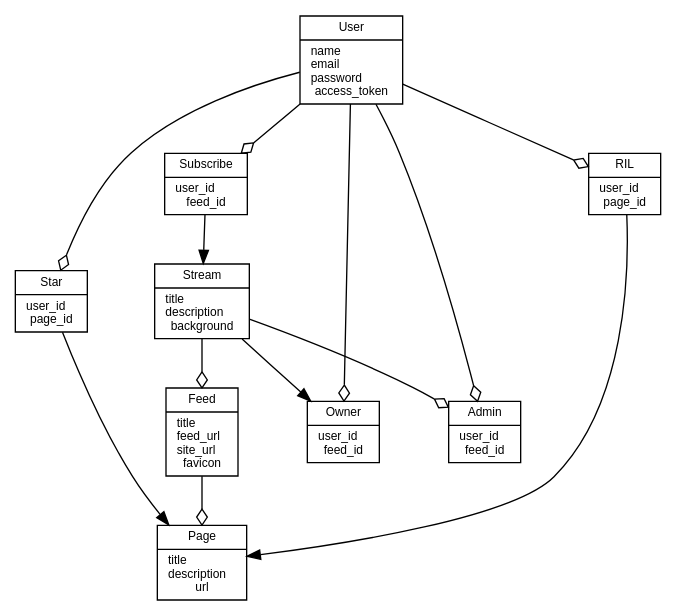
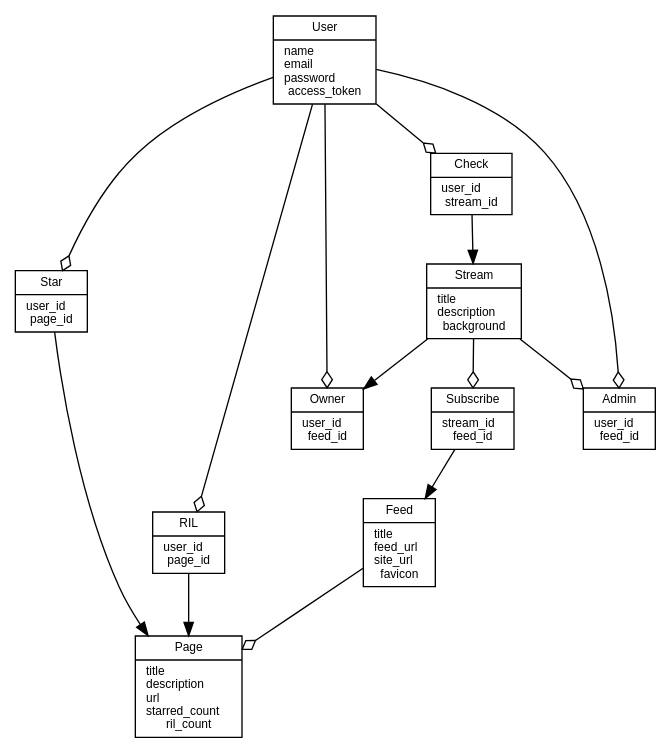
One commit to nikezono/unific changed the diagram in docs/class_diagram.dot. Above: the diagram before and after it, drawn with Graphviz. The commit also changed 2 other files, not shown here.

```diff
--- a/docs/class_diagram.dot
+++ b/docs/class_diagram.dot
@@ -1,43 +1,46 @@
 digraph unific {
 
   // Dot言語設定
   graph [nodesep = 0.7];
   node [shape = record, height = 0.01,
         fontname = "Helvetica", fontsize = 9];
   edge [arrowtail = onormal, arrowhead = none];
 
   // モデル
   Stream [label = "{Stream|title\ldescription\lbackground}"];
   Feed   [label = "{Feed|title\lfeed_url\lsite_url\lfavicon}"];
-  Page   [label = "{Page|title\ldescription\lurl}"];
+  Page   [label = "{Page|title\ldescription\lurl\lstarred_count\lril_count}"];
   User   [label = "{User|name\lemail\lpassword\laccess_token}"];
   
   //中間モデル
   Star   [label = "{Star|user_id\lpage_id}"]
   RIL    [label = "{RIL|user_id\lpage_id}"]
   Owner  [label = "{Owner|user_id\lfeed_id}"]
   Admin  [label = "{Admin|user_id\lfeed_id}"]
-  Subscribe [label = "{Subscribe|user_id\lfeed_id}"]
-
+  Check  [label = "{Check|user_id\lstream_id}"]
+  Subscribe [label = "{Subscribe|stream_id\lfeed_id}"]
+  
   // リレーション
 
-  Stream -> Feed[arrowhead=odiamond];
+  Stream -> Subscribe[arrowhead=odiamond];
+  Subscribe -> Feed[arrowhead=normal];
+
   Feed -> Page[arrowhead=odiamond];
 
   Stream -> Owner[arrowhead=normal];
   User   -> Owner[arrowhead=odiamond];
 
   Stream -> Admin[arrowhead=odiamond];
   User   -> Admin[arrowhead=odiamond];
 
-  Subscribe -> Stream[arrowhead=normal];
-  User -> Subscribe[arrowhead=odiamond];
+  Check -> Stream[arrowhead=normal];
+  User -> Check[arrowhead=odiamond];
 
   User -> Star[arrowhead=odiamond];
   Star -> Page[arrowhead=normal];
 
   User -> RIL[arrowhead=odiamond];
   RIL -> Page[arrowhead=normal];
 
 
 }
```
